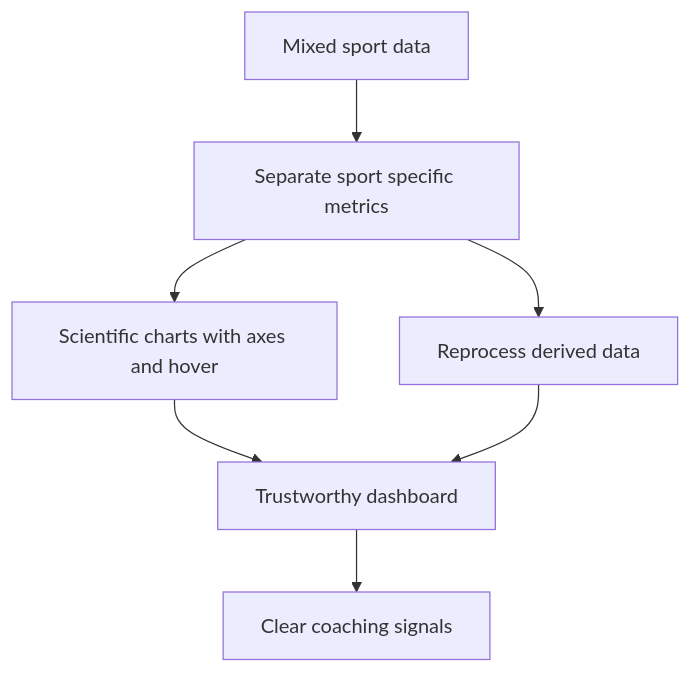
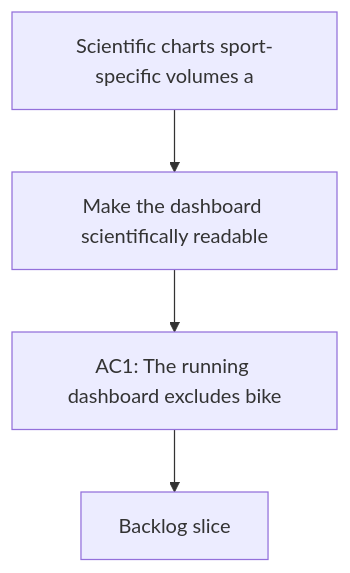
The diagram in logics/request/req_015_scientific_charts_sport_specific_volumes_and_data_recalculation_controls.md (Jilanos/Coach_garmin), drawn with Mermaid before and after one commit. The commit also changed other lines of this file and 86 other files, not shown here.

Commit message:
Harden chart UX and UTF-8 handling

````diff
--- a/logics/request/req_015_scientific_charts_sport_specific_volumes_and_data_recalculation_controls.md
+++ b/logics/request/req_015_scientific_charts_sport_specific_volumes_and_data_recalculation_controls.md
@@ -27,11 +27,8 @@
 ```mermaid
 %% logics-kind: request
 %% logics-signature: request|scientific-charts-sport-specific-volumes|make-the-dashboard-scientifically-readab|ac1-the-running-dashboard-excludes-bike
 flowchart TD
-    Raw[Mixed sport data] --> Filter[Separate sport specific metrics]
-    Filter --> Charts[Scientific charts with axes and hover]
-    Filter --> Recalc[Reprocess derived data]
-    Charts --> Dashboard[Trustworthy dashboard]
-    Recalc --> Dashboard
-    Dashboard --> Coach[Clear coaching signals]
+    Trigger[Scientific charts sport-specific volumes a] --> Need[Make the dashboard scientifically readable]
+    Need --> Outcome[AC1: The running dashboard excludes bike]
+    Outcome --> Backlog[Backlog slice]
 ```
````
